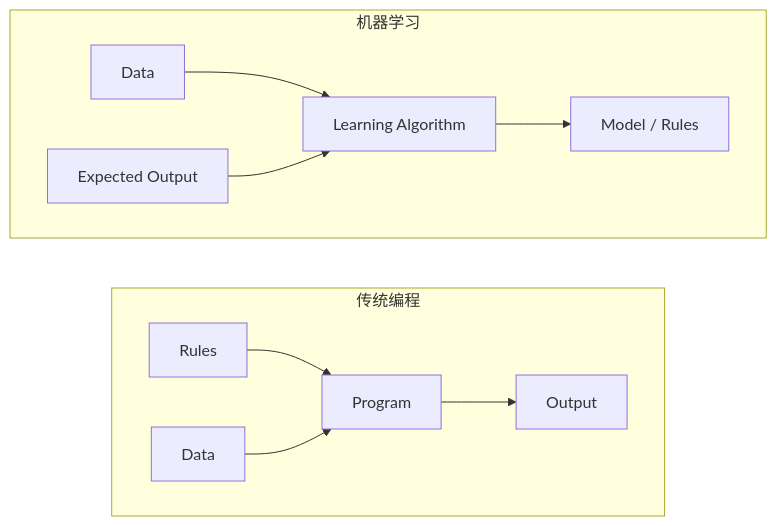
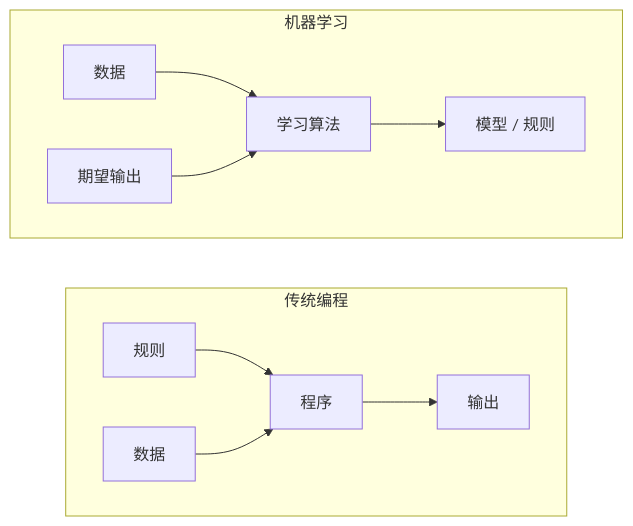
Before and after one commit to huangyue12120/Learning-Atlas: the first of 6 diagrams in content/translations/practice/02-ml-fundamentals/01-what-is-machine-learning/zh.md, drawn with Mermaid. The commit also changed other lines of this file and 24 other files, not shown here.

Commit message:
fix(reader): localize Mermaid in source content

````diff
--- a/content/translations/practice/02-ml-fundamentals/01-what-is-machine-learning/zh.md
+++ b/content/translations/practice/02-ml-fundamentals/01-what-is-machine-learning/zh.md
@@ -42,16 +42,16 @@
 ```mermaid
 flowchart LR
     subgraph Traditional["传统编程"]
         direction LR
-        R[Rules] --> P1[Program]
-        D1[Data] --> P1
-        P1 --> O1[Output]
+        R[规则] --> P1[程序]
+        D1[数据] --> P1
+        P1 --> O1[输出]
     end
 
     subgraph ML["机器学习"]
         direction LR
-        D2[Data] --> P2[Learning Algorithm]
-        O2[Expected Output] --> P2
-        P2 --> M[Model / Rules]
+        D2[数据] --> P2[学习算法]
+        O2[期望输出] --> P2
+        P2 --> M[模型 / 规则]
     end
 ```
````
